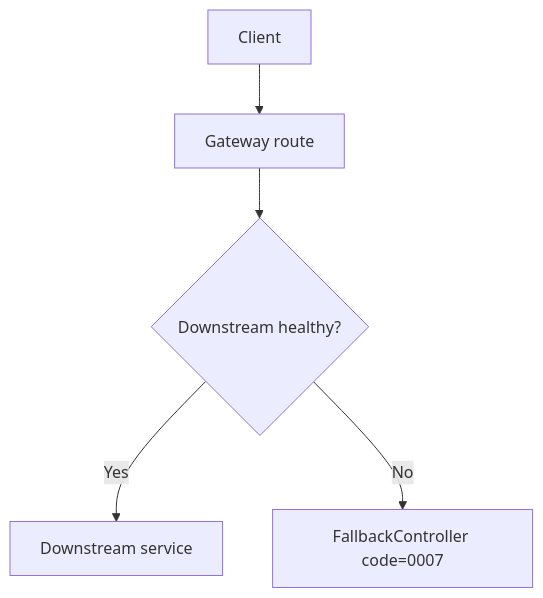
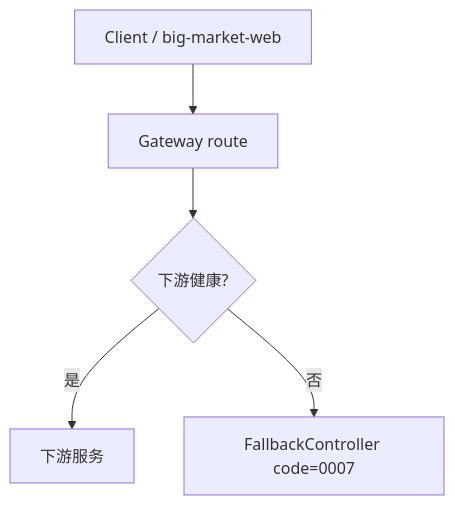
Before and after one commit to dyxnb22/big-market-ai-platform: the diagram in docs/learning/07-failure-degradation-and-resilience.md, drawn with Mermaid. The commit also changed other lines of this file and 20 other files, not shown here.

````diff
--- a/docs/learning/07-failure-degradation-and-resilience.md
+++ b/docs/learning/07-failure-degradation-and-resilience.md
@@ -14,7 +13,7 @@
 ```mermaid
 flowchart TD
-    Client["Client"] --> Gateway["Gateway route"]
-    Gateway --> Healthy{"Downstream healthy?"}
-    Healthy -->|Yes| Service["Downstream service"]
-    Healthy -->|No| Fallback["FallbackController code=0007"]
+    Client["Client / big-market-web"] --> Gateway["Gateway route"]
+    Gateway --> Healthy{"下游健康?"}
+    Healthy -->|是| Service["下游服务"]
+    Healthy -->|否| Fallback["FallbackController code=0007"]
 ```
````
